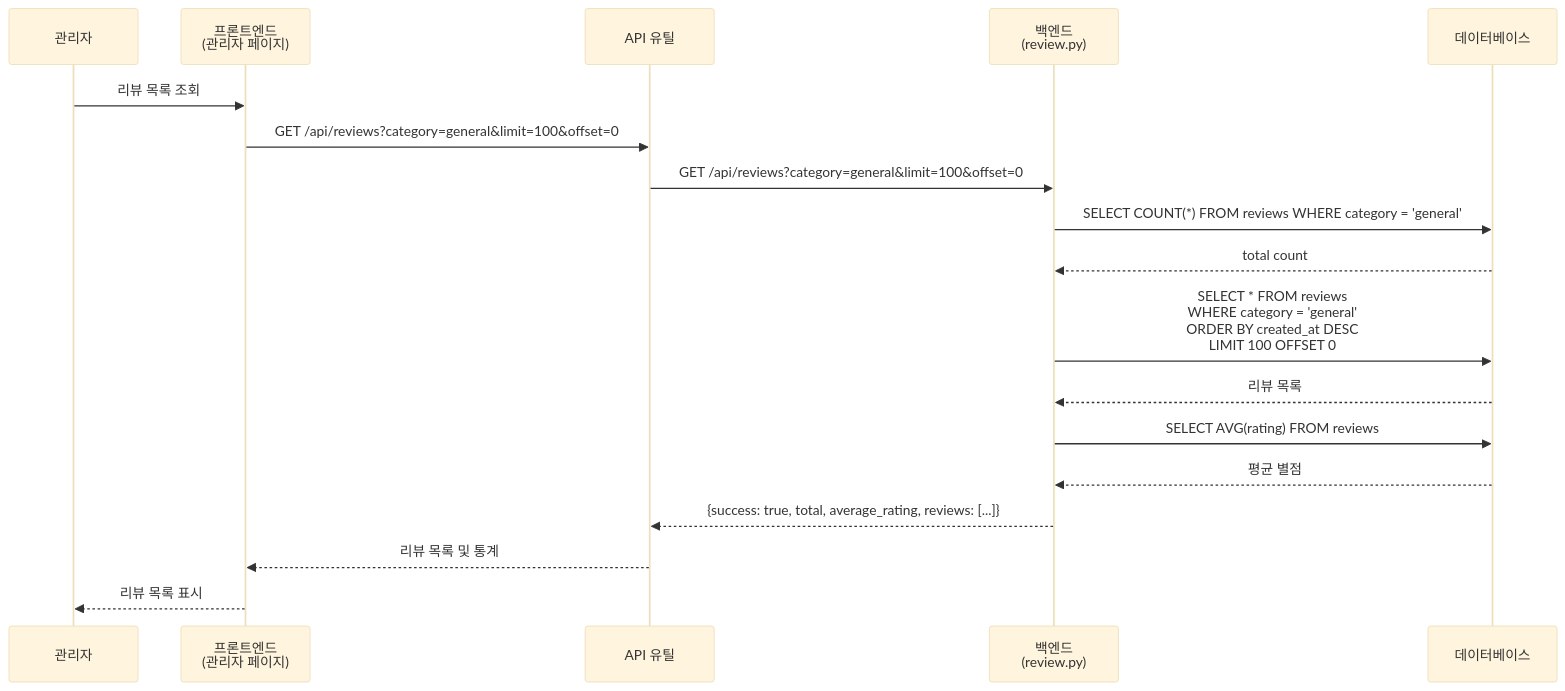
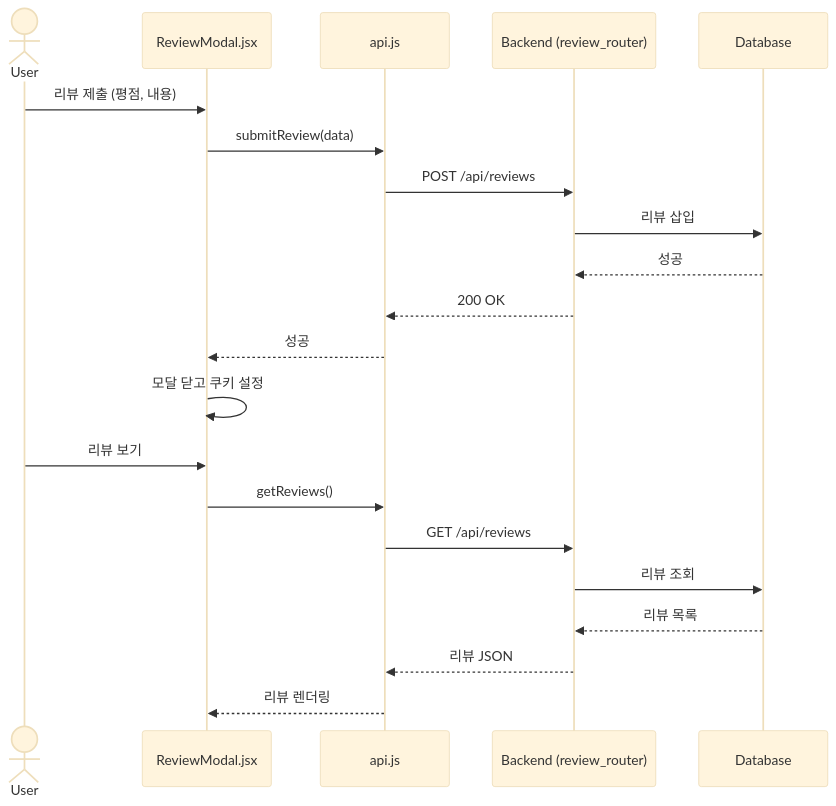
One commit to MerrydayPrject/final-repo-back changed the ninth of 12 diagrams in docs/sequence_diagrams.md. Above: the diagram before and after it, drawn with Mermaid (base theme). The commit also changed other lines of this file, not shown here.

Commit message:
diagrams_merged

````diff
--- a/docs/sequence_diagrams.md
+++ b/docs/sequence_diagrams.md
@@ -497,25 +568,25 @@
 ```mermaid
 sequenceDiagram
-    participant Admin as 관리자
-    participant Frontend as 프론트엔드<br/>(관리자 페이지)
-    participant API as API 유틸
-    participant Backend as 백엔드<br/>(review.py)
-    participant DB as 데이터베이스
+    actor User
+    participant Modal as ReviewModal.jsx
+    participant API as api.js
+    participant BE as Backend (review_router)
+    participant DB as Database
 
-    Admin->>Frontend: 리뷰 목록 조회
-    Frontend->>API: GET /api/reviews?category=general&limit=100&offset=0
-    API->>Backend: GET /api/reviews?category=general&limit=100&offset=0
-    
-    Backend->>DB: SELECT COUNT(*) FROM reviews WHERE category = 'general'
-    DB-->>Backend: total count
-    
-    Backend->>DB: SELECT * FROM reviews<br/>WHERE category = 'general'<br/>ORDER BY created_at DESC<br/>LIMIT 100 OFFSET 0
-    DB-->>Backend: 리뷰 목록
-    
-    Backend->>DB: SELECT AVG(rating) FROM reviews
-    DB-->>Backend: 평균 별점
-    
-    Backend-->>API: {success: true, total, average_rating, reviews: [...]}
-    API-->>Frontend: 리뷰 목록 및 통계
-    Frontend-->>Admin: 리뷰 목록 표시
+    User->>Modal: 리뷰 제출 (평점, 내용)
+    Modal->>API: submitReview(data)
+    API->>BE: POST /api/reviews
+    BE->>DB: 리뷰 삽입
+    DB-->>BE: 성공
+    BE-->>API: 200 OK
+    API-->>Modal: 성공
+    Modal->>Modal: 모달 닫고 쿠키 설정
+
+    User->>Modal: 리뷰 보기
+    Modal->>API: getReviews()
+    API->>BE: GET /api/reviews
+    BE->>DB: 리뷰 조회
+    DB-->>BE: 리뷰 목록
+    BE-->>API: 리뷰 JSON
+    API-->>Modal: 리뷰 렌더링
 ```
````
